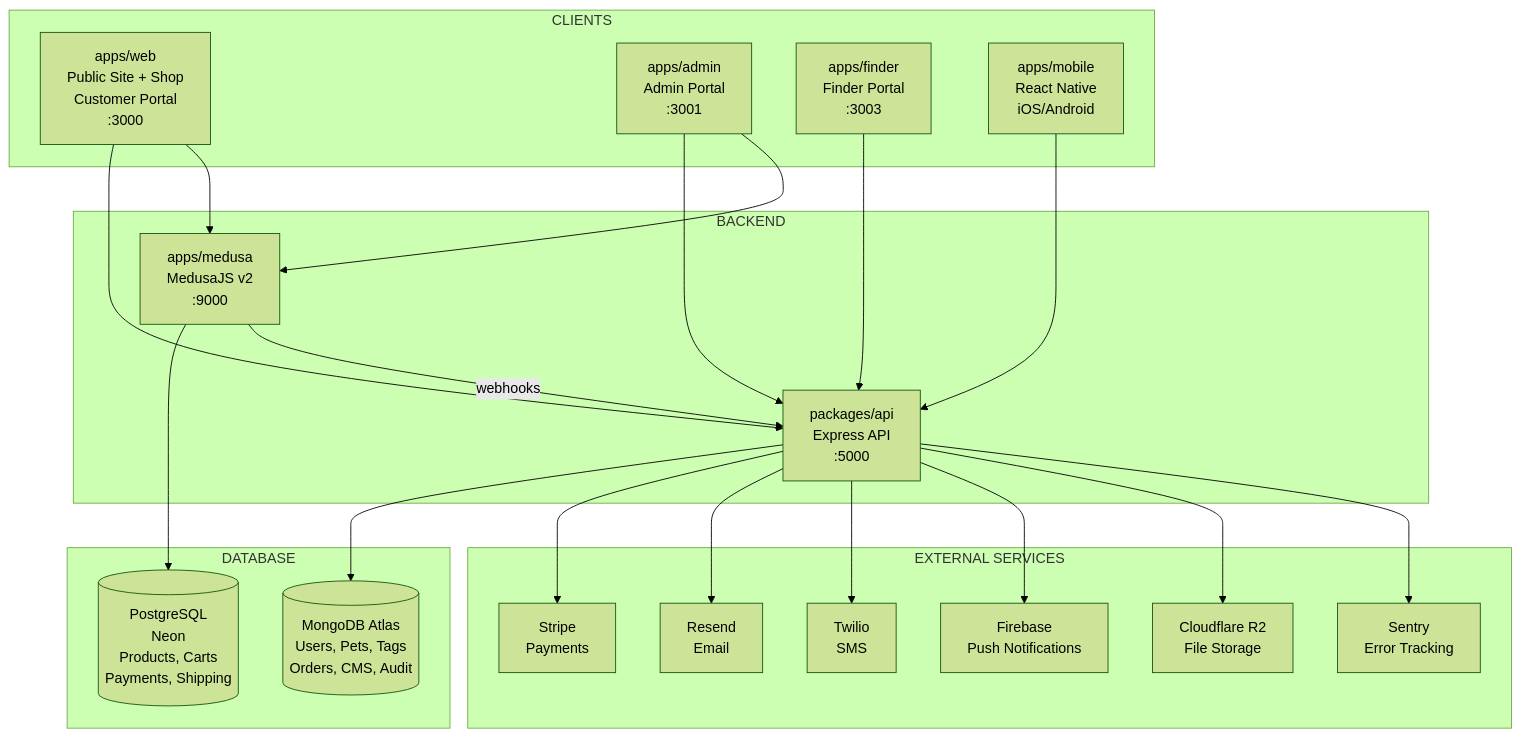
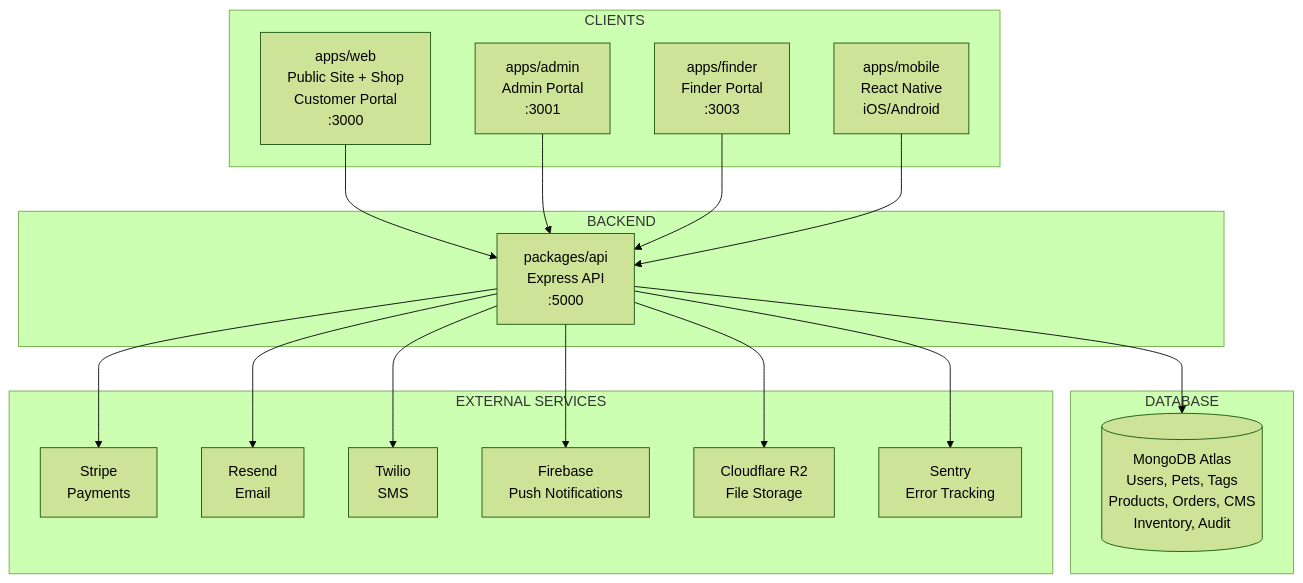
The first of 18 diagrams in COMPLETE-ARCHITECTURE.md (bhagatarpan/PawTag), drawn with Mermaid (forest theme) before and after one commit. The commit also changed other lines of this file and 40 other files, not shown here.

First line of the commit message:
Remove MedusaJS remnants, fix Shop layout, and admin portal improvements

````diff
--- a/COMPLETE-ARCHITECTURE.md
+++ b/COMPLETE-ARCHITECTURE.md
@@ -20,46 +19,39 @@
 ```mermaid
 flowchart TB
     subgraph CLIENTS["CLIENTS"]
         Web["apps/web<br/>Public Site + Shop<br/>Customer Portal<br/>:3000"]
         Admin["apps/admin<br/>Admin Portal<br/>:3001"]
         Finder["apps/finder<br/>Finder Portal<br/>:3003"]
         Mobile["apps/mobile<br/>React Native<br/>iOS/Android"]
     end
 
     subgraph BACKEND["BACKEND"]
         API["packages/api<br/>Express API<br/>:5000"]
-        Medusa["apps/medusa<br/>MedusaJS v2<br/>:9000"]
     end
 
     subgraph DATABASE["DATABASE"]
-        MongoDB[("MongoDB Atlas<br/>Users, Pets, Tags<br/>Orders, CMS, Audit")]
-        PostgreSQL[("PostgreSQL<br/>Neon<br/>Products, Carts<br/>Payments, Shipping")]
+        MongoDB[("MongoDB Atlas<br/>Users, Pets, Tags<br/>Products, Orders, CMS<br/>Inventory, Audit")]
     end
 
     subgraph EXTERNAL["EXTERNAL SERVICES"]
         Stripe["Stripe<br/>Payments"]
         Resend["Resend<br/>Email"]
         Twilio["Twilio<br/>SMS"]
         Firebase["Firebase<br/>Push Notifications"]
         R2["Cloudflare R2<br/>File Storage"]
         Sentry["Sentry<br/>Error Tracking"]
     end
 
     Web --> API
-    Web --> Medusa
     Admin --> API
-    Admin --> Medusa
     Finder --> API
     Mobile --> API
 
     API --> MongoDB
-    Medusa --> PostgreSQL
     API --> Stripe
     API --> Resend
     API --> Twilio
     API --> Firebase
     API --> R2
     API --> Sentry
-
-    Medusa -->|"webhooks"| API
 ```
````
